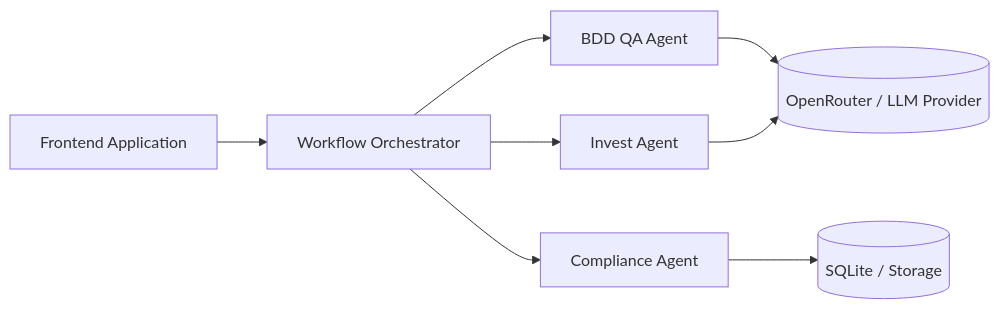
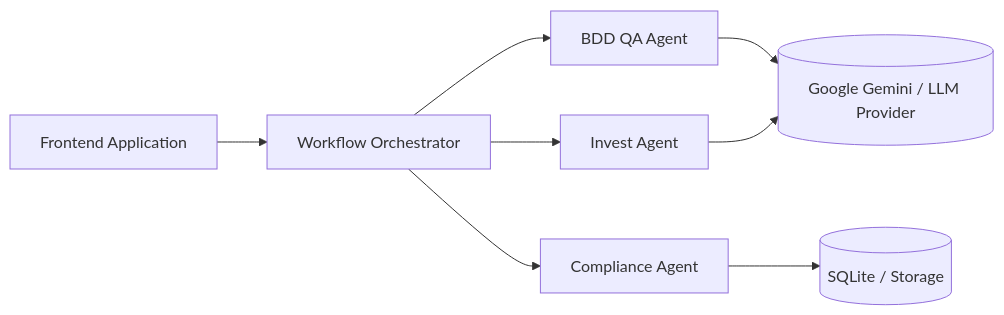
Before and after one commit to igusouz/talp-agents-mvp: the diagram in README.md, drawn with Mermaid. The commit also changed other lines of this file and 16 other files, not shown here.

````diff
--- a/README.md
+++ b/README.md
@@ -15,10 +15,10 @@
 ```mermaid
 flowchart LR
   UI[Frontend Application] --> ORCH[Workflow Orchestrator]
   ORCH --> INVEST[Invest Agent]
   ORCH --> COMP[Compliance Agent]
   ORCH --> BDD[BDD QA Agent]
   COMP --> DB[(SQLite / Storage)]
-  BDD --> LLM[(OpenRouter / LLM Provider)]
+  BDD --> LLM[(Google Gemini / LLM Provider)]
   INVEST --> LLM
 ```
````
